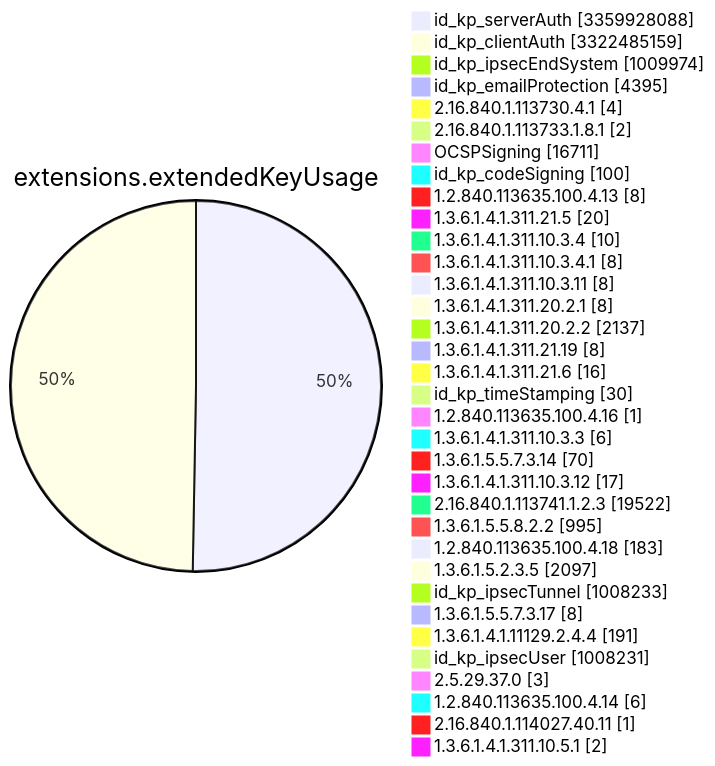
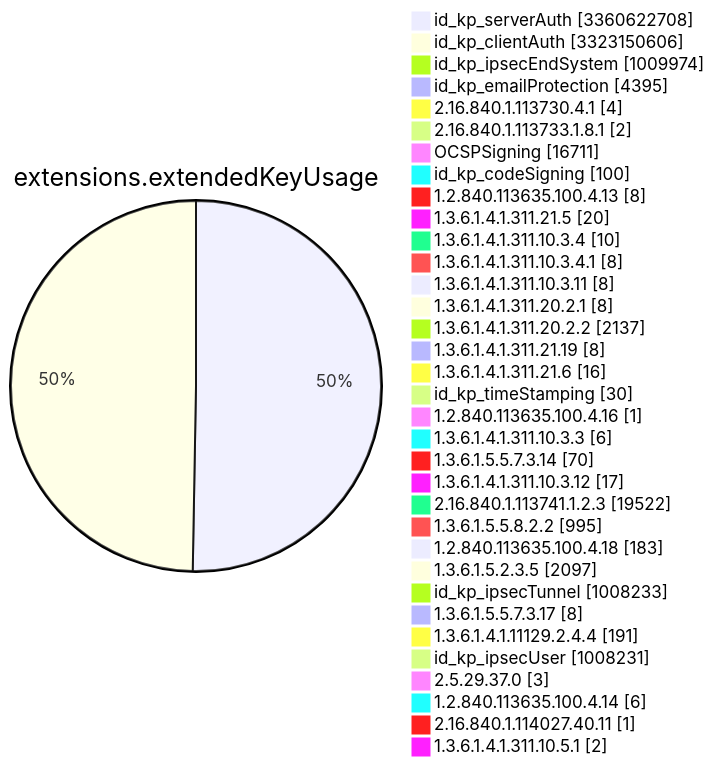
One commit to christiankrug/ctmonitor_visualization changed diagram 11 of 15 in TOTAL/README.md. Above: the diagram before and after it, drawn with Mermaid. The commit also changed other lines of this file, not shown here.

````diff
--- a/TOTAL/README.md
+++ b/TOTAL/README.md
@@ -4120,38 +4120,38 @@
 ```mermaid
 pie showData
 title extensions.extendedKeyUsage
-"id_kp_serverAuth" :3359928088
-"id_kp_clientAuth" :3322485159
+"id_kp_serverAuth" :3360622708
+"id_kp_clientAuth" :3323150606
 "id_kp_ipsecEndSystem" :1009974
 "id_kp_emailProtection" :4395
 "2.16.840.1.113730.4.1" :4
 "2.16.840.1.113733.1.8.1" :2
 "OCSPSigning" :16711
 "id_kp_codeSigning" :100
 "1.2.840.113635.100.4.13" :8
 "1.3.6.1.4.1.311.21.5" :20
 "1.3.6.1.4.1.311.10.3.4" :10
 "1.3.6.1.4.1.311.10.3.4.1" :8
 "1.3.6.1.4.1.311.10.3.11" :8
 "1.3.6.1.4.1.311.20.2.1" :8
 "1.3.6.1.4.1.311.20.2.2" :2137
 "1.3.6.1.4.1.311.21.19" :8
 "1.3.6.1.4.1.311.21.6" :16
 "id_kp_timeStamping" :30
 "1.2.840.113635.100.4.16" :1
 "1.3.6.1.4.1.311.10.3.3" :6
 "1.3.6.1.5.5.7.3.14" :70
 "1.3.6.1.4.1.311.10.3.12" :17
 "2.16.840.1.113741.1.2.3" :19522
 "1.3.6.1.5.5.8.2.2" :995
 "1.2.840.113635.100.4.18" :183
 "1.3.6.1.5.2.3.5" :2097
 "id_kp_ipsecTunnel" :1008233
 "1.3.6.1.5.5.7.3.17" :8
 "1.3.6.1.4.1.11129.2.4.4" :191
 "id_kp_ipsecUser" :1008231
 "2.5.29.37.0" :3
 "1.2.840.113635.100.4.14" :6
 "2.16.840.1.114027.40.11" :1
 "1.3.6.1.4.1.311.10.5.1" :2
 ```
````
